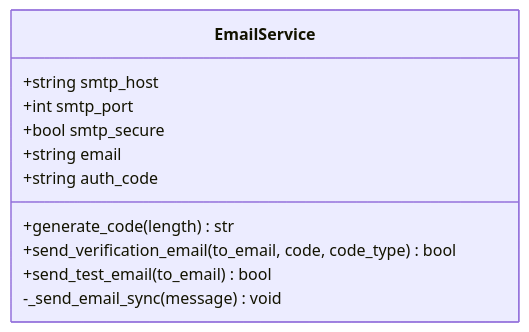
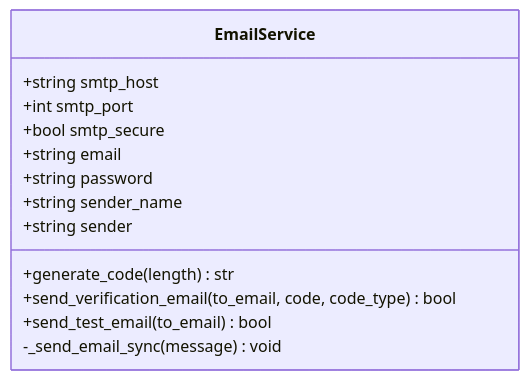
Before and after one commit to rainRise/aidiary: the third of 5 diagrams in .qoder/repowiki/en/content/Backend System/Service Layer Implementation/Email Service.md, drawn with Mermaid. The commit also changed other lines of this file and 13 other files, not shown here.

````diff
--- a/.qoder/repowiki/en/content/Backend System/Service Layer Implementation/Email Service.md
+++ b/.qoder/repowiki/en/content/Backend System/Service Layer Implementation/Email Service.md
@@ -158,14 +171,16 @@
 ```mermaid
 classDiagram
 class EmailService {
 +string smtp_host
 +int smtp_port
 +bool smtp_secure
 +string email
-+string auth_code
++string password
++string sender_name
++string sender
 +generate_code(length) str
 +send_verification_email(to_email, code, code_type) bool
 +send_test_email(to_email) bool
 -_send_email_sync(message) void
 }
 ```
````
